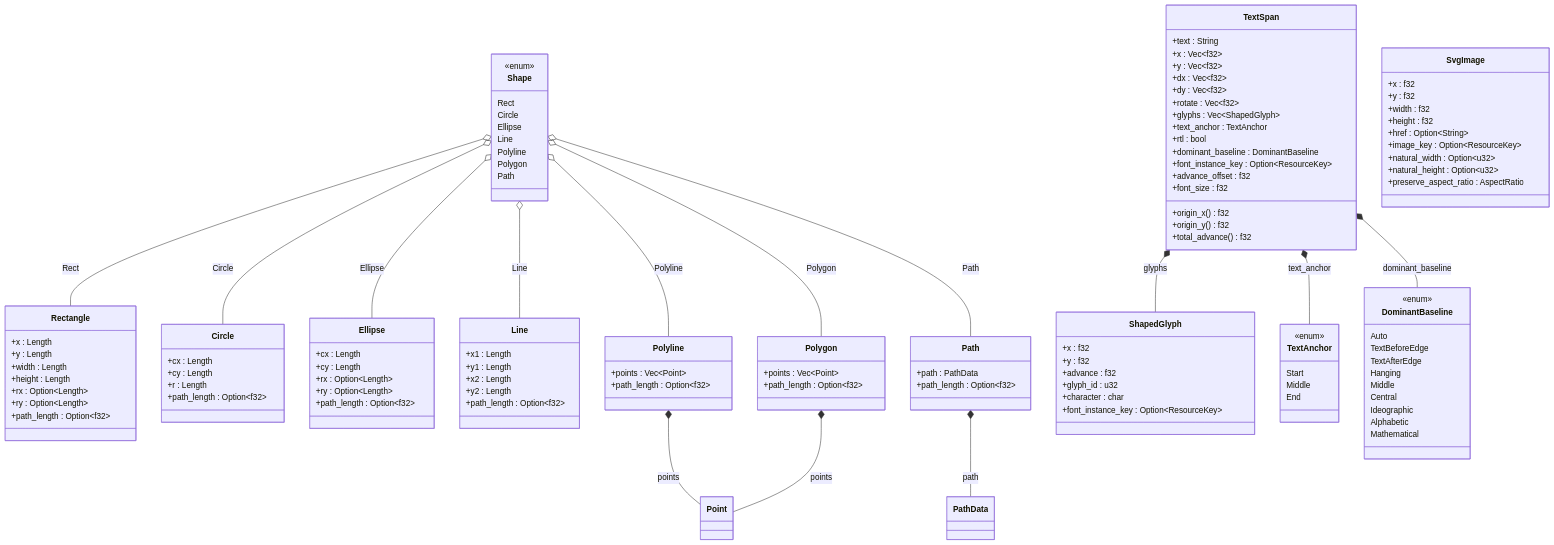
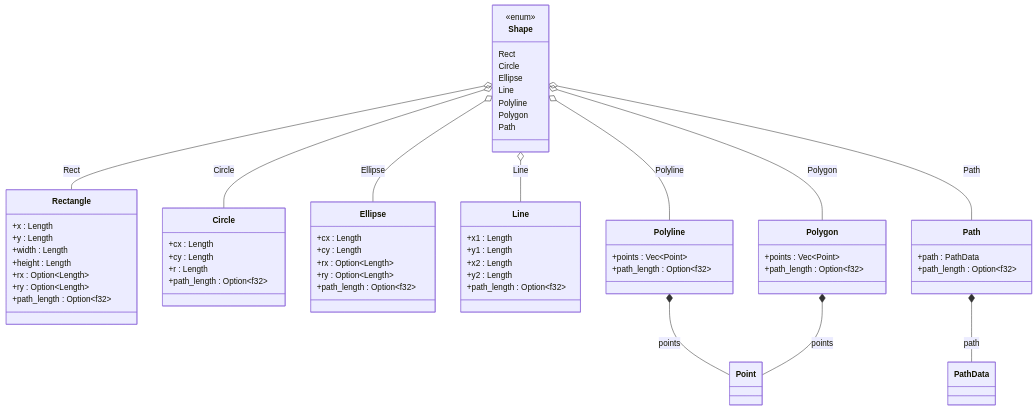
Before and after one commit to mu-mostafa98/servo: the fourth of 17 diagrams in svg-engine-data-model.md, drawn with Mermaid. The commit also changed other lines of this file, not shown here.

````diff
--- a/svg-engine-data-model.md
+++ b/svg-engine-data-model.md
@@ -197,65 +220,6 @@
         +path_length : Option~f32~
     }
 
-    class TextSpan {
-        +text : String
-        +x : Vec~f32~
-        +y : Vec~f32~
-        +dx : Vec~f32~
-        +dy : Vec~f32~
-        +rotate : Vec~f32~
-        +glyphs : Vec~ShapedGlyph~
-        +text_anchor : TextAnchor
-        +rtl : bool
-        +dominant_baseline : DominantBaseline
-        +font_instance_key : Option~ResourceKey~
-        +advance_offset : f32
-        +font_size : f32
-        +origin_x() f32
-        +origin_y() f32
-        +total_advance() f32
-    }
-
-    class ShapedGlyph {
-        +x : f32
-        +y : f32
-        +advance : f32
-        +glyph_id : u32
-        +character : char
-        +font_instance_key : Option~ResourceKey~
-    }
-
-    class TextAnchor {
-        <<enum>>
-        Start
-        Middle
-        End
-    }
-    class DominantBaseline {
-        <<enum>>
-        Auto
-        TextBeforeEdge
-        TextAfterEdge
-        Hanging
-        Middle
-        Central
-        Ideographic
-        Alphabetic
-        Mathematical
-    }
-
-    class SvgImage {
-        +x : f32
-        +y : f32
-        +width : f32
-        +height : f32
-        +href : Option~String~
-        +image_key : Option~ResourceKey~
-        +natural_width : Option~u32~
-        +natural_height : Option~u32~
-        +preserve_aspect_ratio : AspectRatio
-    }
-
     Shape o-- Rectangle : Rect
     Shape o-- Circle : Circle
     Shape o-- Ellipse : Ellipse
@@ -267,8 +231,4 @@
     Path *-- PathData : path
     Polyline *-- Point : points
     Polygon *-- Point : points
-
-    TextSpan *-- ShapedGlyph : glyphs
-    TextSpan *-- TextAnchor : text_anchor
-    TextSpan *-- DominantBaseline : dominant_baseline
 ```
````
